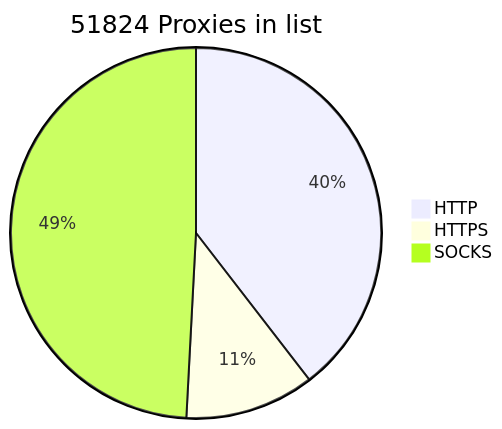
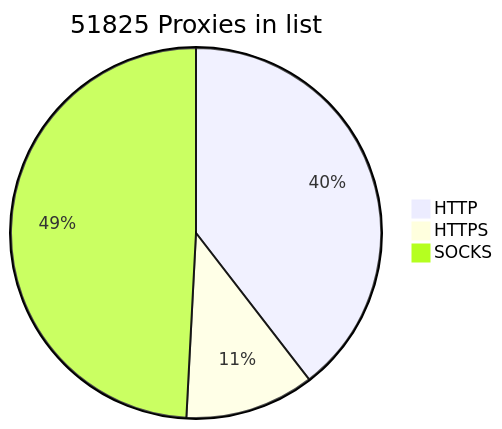
Before and after one commit to BlackSnowDot/proxylist-update-every-minute: the diagram in README.md, drawn with Mermaid.

````diff
--- a/README.md
+++ b/README.md
@@ -2,6 +2,6 @@
 ```mermaid
-pie title 51824 Proxies in list
+pie title 51825 Proxies in list
     "HTTP" : 22768
     "HTTPS": 6507
-    "SOCKS" : 28319
+    "SOCKS" : 28320
 ```
````
